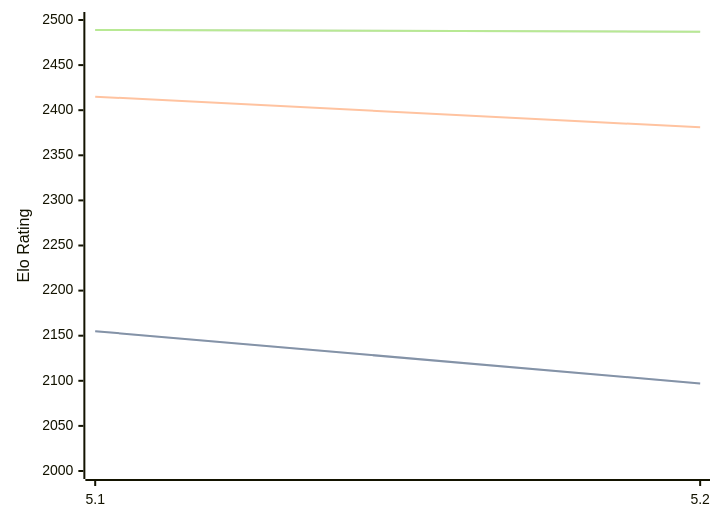
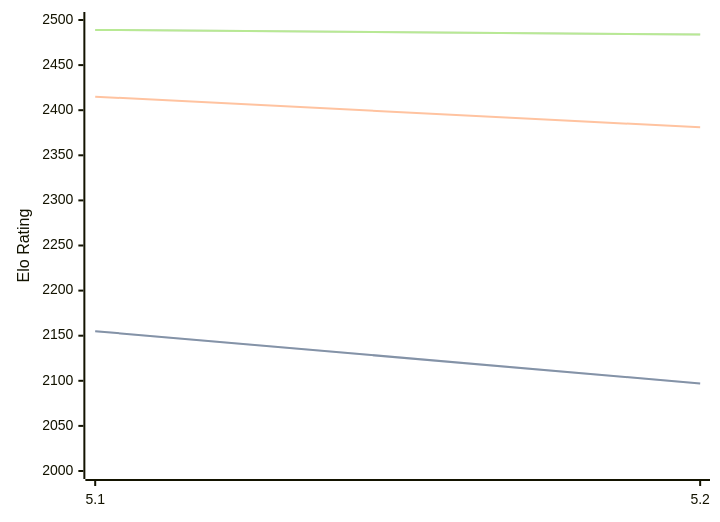
The diagram in engines/Prophet.md (computer-chess-index/cci), drawn with Mermaid before and after one commit. The commit also changed other lines of this file, not shown here.

Commit message:
Update CCI Ratings (ELO VLTC) - 2026-08-01

````diff
--- a/engines/Prophet.md
+++ b/engines/Prophet.md
@@ -38,11 +38,11 @@
 ```mermaid
 %%{init: {"theme":"base","themeVariables":{"seriesColors:['#a3a3a3','#222221','#faa371']}}}%%
 xychart-beta
   x-axis ["5.1", "5.2"]
   y-axis "Elo Rating" 2000 --> 2500
   line "STC (8.0+0.08s)" [2155, 2097]
   line "STC (8.0+0.08s)" [2155, 2097]
   line "LTC (60.0+0.60s)" [2415, 2381]
-  line "VLTC (2m24s+1.12s)" [2489, 2487]
-  line "VLTC (2m24s+1.12s)" [2489, 2487]
+  line "VLTC (2m24s+1.12s)" [2489, 2484]
+  line "VLTC (2m24s+1.12s)" [2489, 2484]
 ```
````
